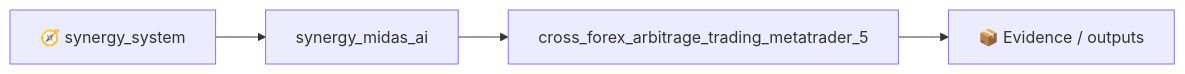
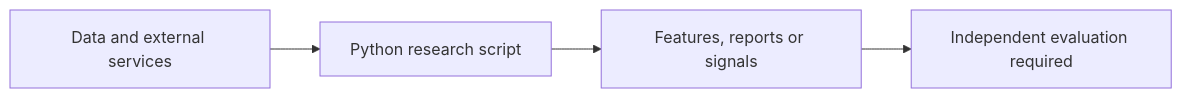
Before and after one commit to Shtenco/cross_forex_arbitrage_trading_metatrader_5: the diagram in README.md, drawn with Mermaid. The commit also changed other lines of this file and 2 other files, not shown here.

First line of the commit message:
docs: editorial README and vector architecture identity (#1)

````diff
--- a/README.md
+++ b/README.md
@@ -603,6 +26,6 @@
 ```mermaid
 flowchart LR
-    SYS[🧭 synergy_system] --> P[synergy_midas_ai]
-    P --> THIS[cross_forex_arbitrage_trading_metatrader_5]
-    THIS --> E[📦 Evidence / outputs]
+  A[Data and external services] --> B[Python research script]
+  B --> C[Features, reports or signals]
+  C --> D[Independent evaluation required]
 ```
````
